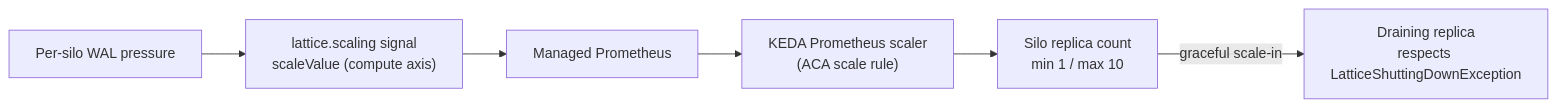
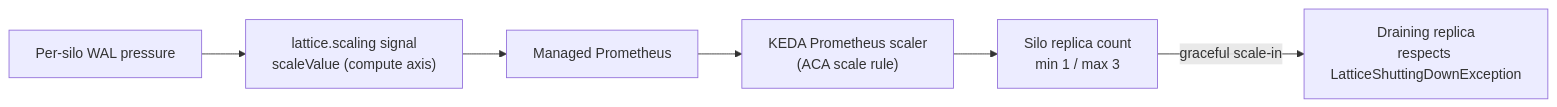
Before and after one commit to NSTA1/Orleans.Lattice: the fourth of 7 diagrams in reference-architecture.md, drawn with Mermaid. The commit also changed other lines of this file and 1 other file, not shown here.

First line of the commit message:
docs(reference-architecture): correct silo max-replica, observability scrape, and validation-status claims

````diff
--- a/reference-architecture.md
+++ b/reference-architecture.md
@@ -272,8 +272,8 @@
 ```mermaid
 flowchart LR
     WAL["Per-silo WAL pressure"] --> SIG["lattice.scaling signal<br/>scaleValue (compute axis)"]
     SIG --> PROM["Managed Prometheus"]
     PROM --> KEDA["KEDA Prometheus scaler<br/>(ACA scale rule)"]
-    KEDA --> REPL["Silo replica count<br/>min 1 / max 10"]
+    KEDA --> REPL["Silo replica count<br/>min 1 / max 3"]
     REPL -->|"graceful scale-in"| DRAIN["Draining replica<br/>respects LatticeShuttingDownException"]
 ```
````
